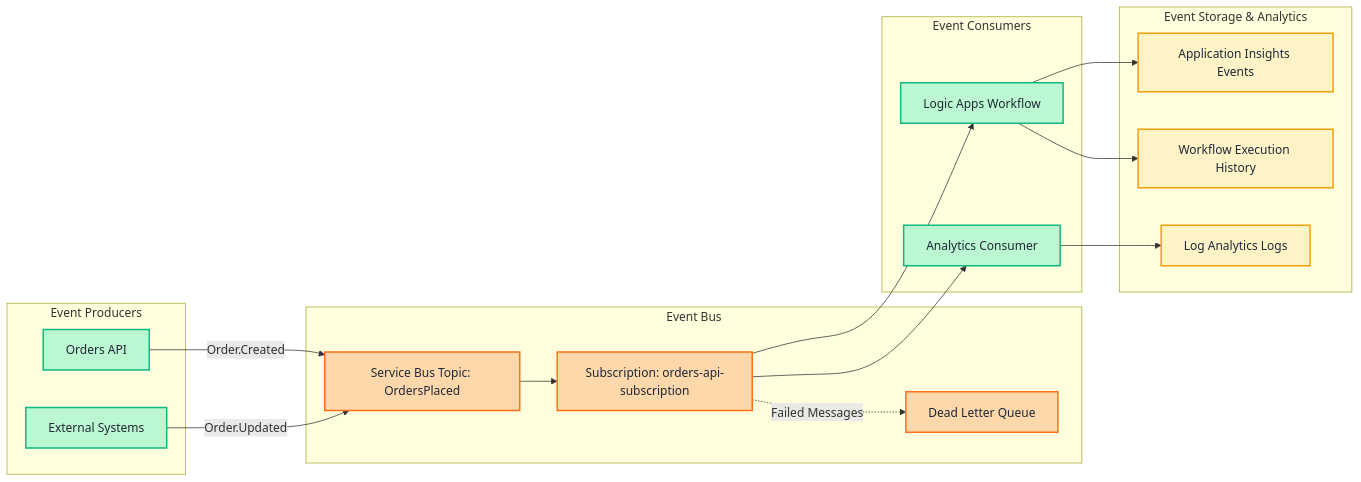
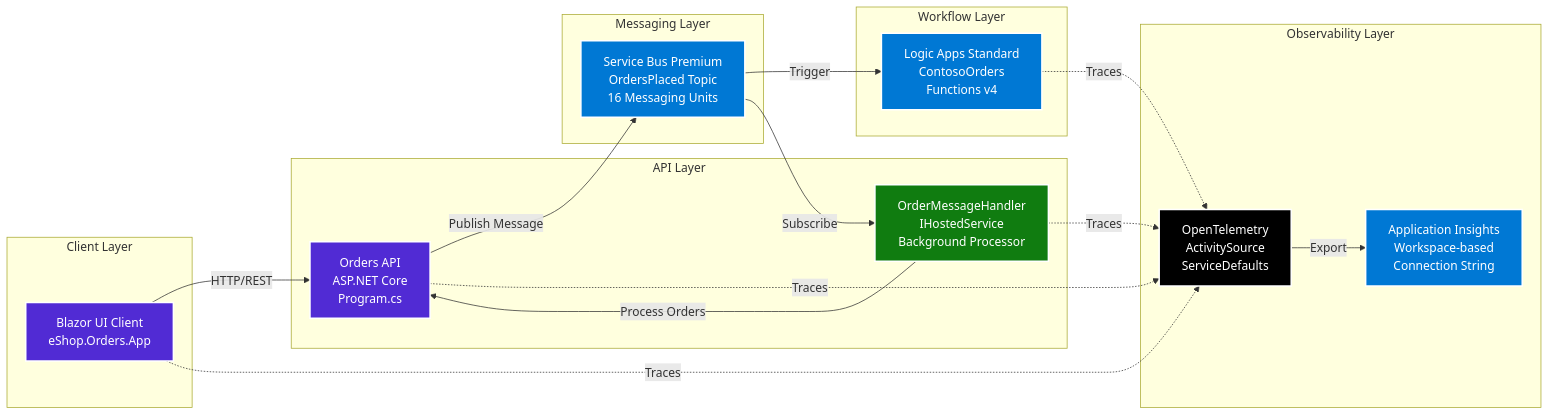
One commit to Evilazaro/Azure-LogicApps-Monitoring changed the second of 6 diagrams in README.md. Above: the diagram before and after it, drawn with Mermaid. The commit also changed other lines of this file and 5 other files, not shown here.

First line of the commit message:
Update orders API and webapp configurations, increase min replicas, and add Application Insights connection string

````diff
--- a/README.md
+++ b/README.md
@@ -468,42 +193,44 @@
 ```mermaid
-flowchart LR
-    subgraph "Event Producers"
-        A[Orders API]:::producer
-        B[External Systems]:::producer
+graph LR
+    subgraph client["Client Layer"]
+        UI[Blazor UI Client<br/>eShop.Orders.App]
     end
     
-    subgraph "Event Bus"
-        C[Service Bus Topic: OrdersPlaced]:::eventBus
-        D[Subscription: orders-api-subscription]:::eventBus
-        E[Dead Letter Queue]:::eventBus
+    subgraph api["API Layer"]
+        API[Orders API<br/>ASP.NET Core<br/>Program.cs]
+        OMH[OrderMessageHandler<br/>IHostedService<br/>Background Processor]
     end
     
-    subgraph "Event Consumers"
-        F[Logic Apps Workflow]:::consumer
-        G[Analytics Consumer]:::consumer
+    subgraph workflow["Workflow Layer"]
+        LA[Logic Apps Standard<br/>ContosoOrders<br/>Functions v4]
     end
     
-    subgraph "Event Storage & Analytics"
-        H[Application Insights Events]:::analytics
-        I[Log Analytics Logs]:::analytics
-        J[Workflow Execution History]:::analytics
+    subgraph messaging["Messaging Layer"]
+        SB[Service Bus Premium<br/>OrdersPlaced Topic<br/>16 Messaging Units]
     end
     
-    A -->|Order.Created| C
-    B -->|Order.Updated| C
+    subgraph observability["Observability Layer"]
+        OT[OpenTelemetry<br/>ActivitySource<br/>ServiceDefaults]
+        AI[Application Insights<br/>Workspace-based<br/>Connection String]
+    end
     
-    C --> D
-    D --> F
-    D --> G
+    UI -->|HTTP/REST| API
+    API -->|Publish Message| SB
+    SB -->|Trigger| LA
+    SB -->|Subscribe| OMH
+    OMH -->|Process Orders| API
     
-    D -.->|Failed Messages| E
+    UI -.->|Traces| OT
+    API -.->|Traces| OT
+    LA -.->|Traces| OT
+    OMH -.->|Traces| OT
+    OT -->|Export| AI
     
-    F --> H
-    G --> I
-    F --> J
-    
-    classDef producer fill:#BBF7D0,stroke:#10B981,stroke-width:2px,color:#1F2937
-    classDef eventBus fill:#FED7AA,stroke:#F97316,stroke-width:2px,color:#1F2937
-    classDef consumer fill:#BBF7D0,stroke:#10B981,stroke-width:2px,color:#1F2937
-    classDef analytics fill:#FEF3C7,stroke:#F59E0B,stroke-width:2px,color:#1F2937
+    style UI fill:#512BD4,stroke:#fff,stroke-width:2px,color:#fff
+    style API fill:#512BD4,stroke:#fff,stroke-width:2px,color:#fff
+    style OMH fill:#107C10,stroke:#fff,stroke-width:2px,color:#fff
+    style LA fill:#0078D4,stroke:#fff,stroke-width:2px,color:#fff
+    style OT fill:#000,stroke:#fff,stroke-width:2px,color:#fff
+    style AI fill:#0078D4,stroke:#fff,stroke-width:2px,color:#fff
+    style SB fill:#0078D4,stroke:#fff,stroke-width:2px,color:#fff
 ```
````
